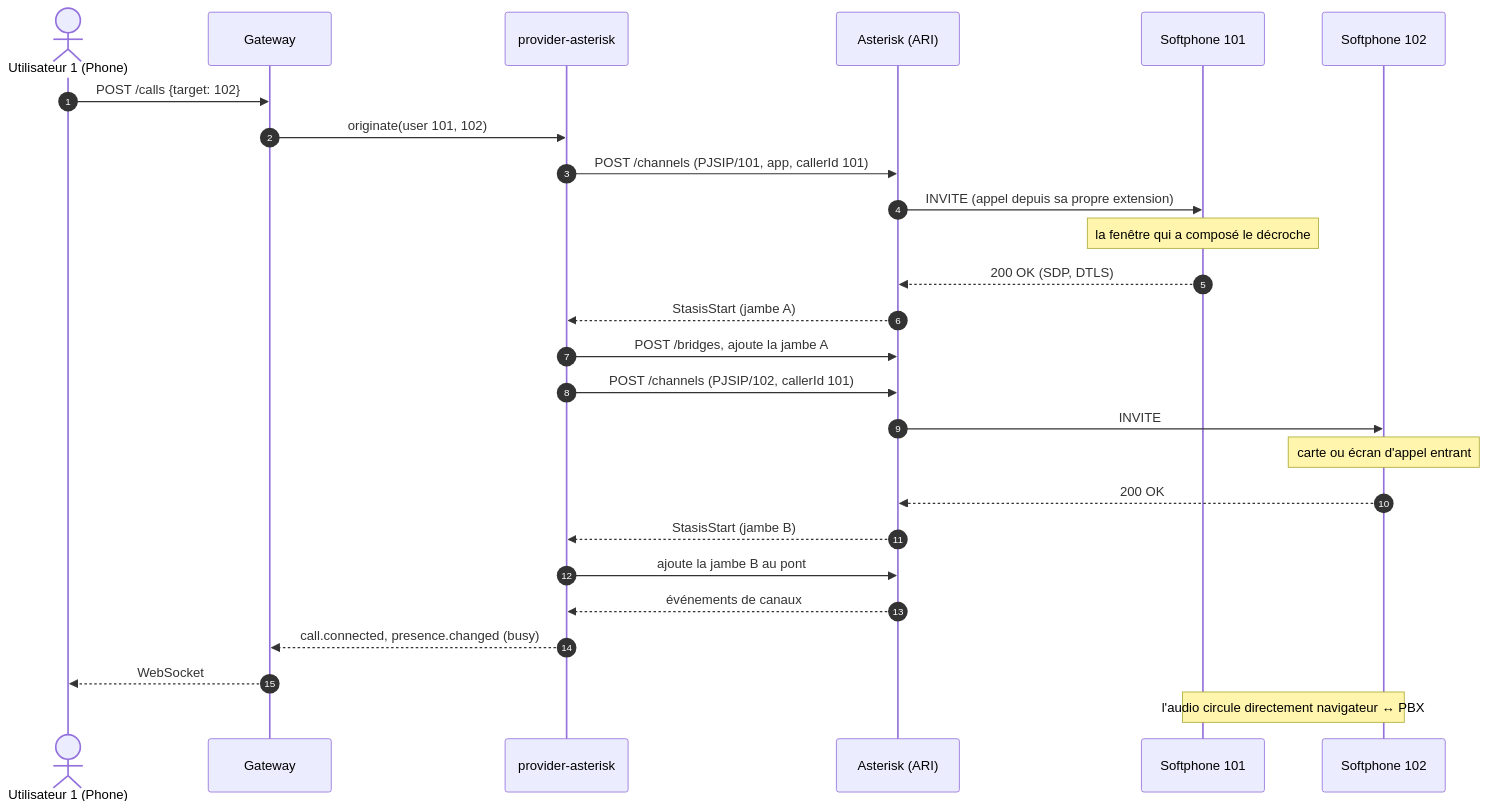
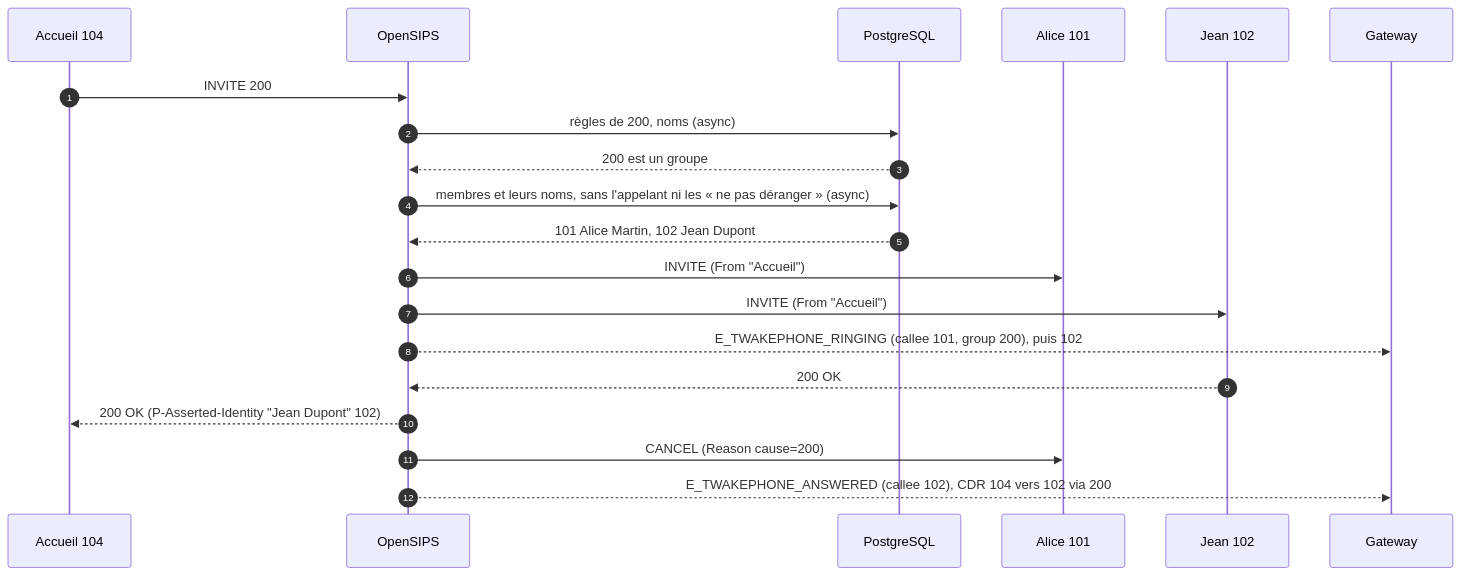
Before and after one commit to linagora/twake-phone: the third of 3 diagrams in docs/ARCHITECTURE.md, drawn with Mermaid. The commit also changed other lines of this file and 53 other files, not shown here.

````diff
--- a/docs/ARCHITECTURE.md
+++ b/docs/ARCHITECTURE.md
@@ -187,29 +159,23 @@
 ```mermaid
 sequenceDiagram
   autonumber
-  actor U1 as Utilisateur 1 (Phone)
+  participant D as Accueil 104
+  participant O as OpenSIPS
+  participant DB as PostgreSQL
+  participant A as Alice 101
+  participant J as Jean 102
   participant GW as Gateway
-  participant P as provider-asterisk
-  participant A as Asterisk (ARI)
-  participant B1 as Softphone 101
-  participant B2 as Softphone 102
 
-  U1->>GW: POST /calls {target: 102}
-  GW->>P: originate(user 101, 102)
-  P->>A: POST /channels (PJSIP/101, app, callerId 101)
-  A->>B1: INVITE (appel depuis sa propre extension)
-  Note over B1: la fenêtre qui a composé le décroche
-  B1-->>A: 200 OK (SDP, DTLS)
-  A-->>P: StasisStart (jambe A)
-  P->>A: POST /bridges, ajoute la jambe A
-  P->>A: POST /channels (PJSIP/102, callerId 101)
-  A->>B2: INVITE
-  Note over B2: carte ou écran d'appel entrant
-  B2-->>A: 200 OK
-  A-->>P: StasisStart (jambe B)
-  P->>A: ajoute la jambe B au pont
-  A-->>P: événements de canaux
-  P-->>GW: call.connected, presence.changed (busy)
-  GW-->>U1: WebSocket
-  Note over B1,B2: l'audio circule directement navigateur ↔ PBX
+  D->>O: INVITE 200
+  O->>DB: règles de 200, noms (async)
+  DB-->>O: 200 est un groupe
+  O->>DB: membres et leurs noms, sans l'appelant ni les « ne pas déranger » (async)
+  DB-->>O: 101 Alice Martin, 102 Jean Dupont
+  O->>A: INVITE (From "Accueil")
+  O->>J: INVITE (From "Accueil")
+  O-->>GW: E_TWAKEPHONE_RINGING (callee 101, group 200), puis 102
+  J-->>O: 200 OK
+  O-->>D: 200 OK (P-Asserted-Identity "Jean Dupont" 102)
+  O->>A: CANCEL (Reason cause=200)
+  O-->>GW: E_TWAKEPHONE_ANSWERED (callee 102), CDR 104 vers 102 via 200
 ```
````
